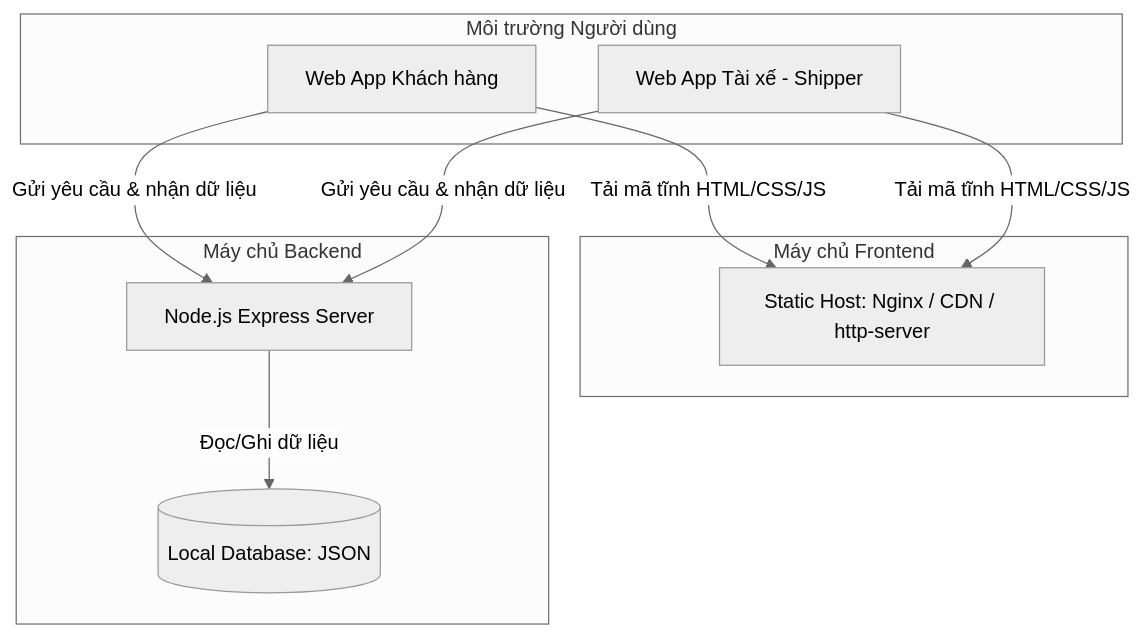
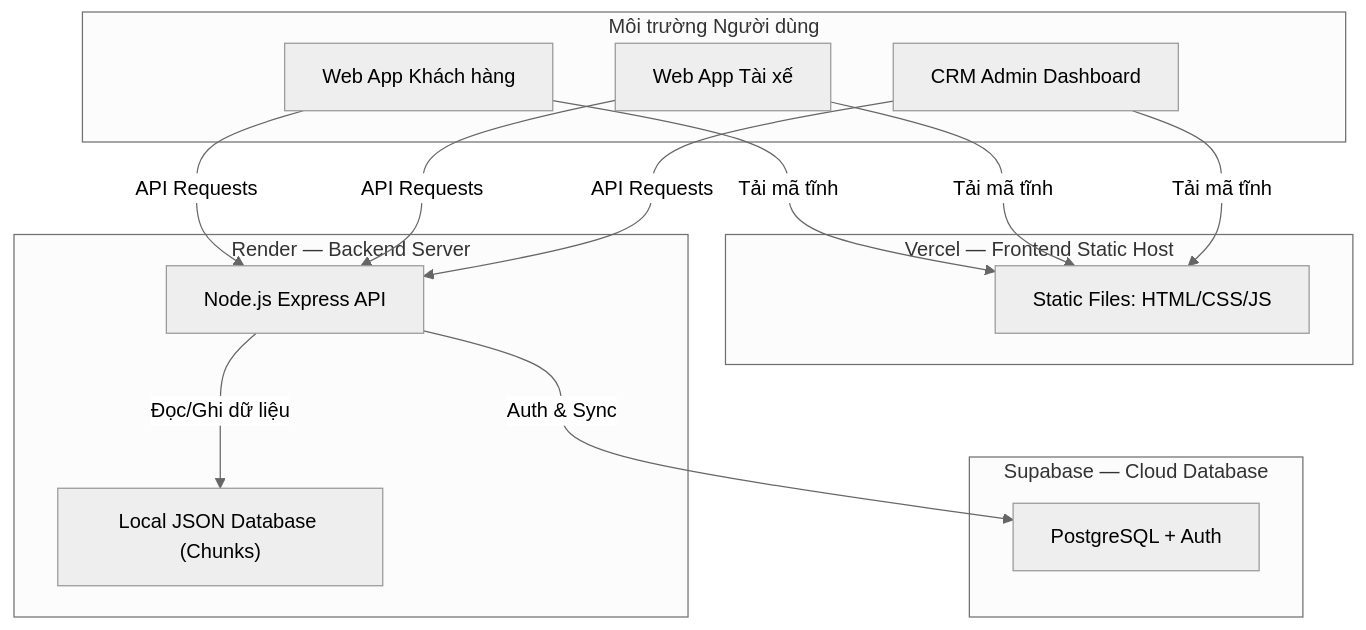
One commit to HieuHuynh23/shipfee changed the diagram in DEPLOYMENT_GUIDE.md. Above: the diagram before and after it, drawn with Mermaid (neutral theme). The commit also changed other lines of this file and 30 other files, not shown here.

Commit message:
docs: comprehensive update of CLAUDE.md, AGENTS.md, DEPLOYMENT_GUIDE.md for production deployment; update .gitignore; add pricing-config, supabase-schema, shipper uploads

````diff
--- a/DEPLOYMENT_GUIDE.md
+++ b/DEPLOYMENT_GUIDE.md
@@ -11,22 +11,30 @@
 ```mermaid
 graph TD
-    subgraph Client [Môi trường Người dùng]
-        C[Web App Khách hàng]
-        S[Web App Tài xế - Shipper]
+    subgraph Client["Môi trường Người dùng"]
+        C["Web App Khách hàng"]
+        S["Web App Tài xế"]
+        A["CRM Admin Dashboard"]
     end
 
-    subgraph StaticServer [Máy chủ Frontend]
-        FS[Static Host: Nginx / CDN / http-server]
+    subgraph Vercel["Vercel — Frontend Static Host"]
+        FS["Static Files: HTML/CSS/JS"]
     end
 
-    subgraph ApiServer [Máy chủ Backend]
-        API[Node.js Express Server]
-        DB[(Local Database: JSON)]
+    subgraph Render["Render — Backend Server"]
+        API["Node.js Express API"]
+        DB["Local JSON Database (Chunks)"]
     end
 
-    C -->|Tải mã tĩnh HTML/CSS/JS| FS
-    S -->|Tải mã tĩnh HTML/CSS/JS| FS
-    C -->|Gửi yêu cầu & nhận dữ liệu| API
-    S -->|Gửi yêu cầu & nhận dữ liệu| API
-    API -->|Đọc/Ghi dữ liệu| DB
+    subgraph Supabase["Supabase — Cloud Database"]
+        SDB["PostgreSQL + Auth"]
+    end
+
+    C -->|"Tải mã tĩnh"| FS
+    S -->|"Tải mã tĩnh"| FS
+    A -->|"Tải mã tĩnh"| FS
+    C -->|"API Requests"| API
+    S -->|"API Requests"| API
+    A -->|"API Requests"| API
+    API -->|"Đọc/Ghi dữ liệu"| DB
+    API -->|"Auth & Sync"| SDB
 ```
````
